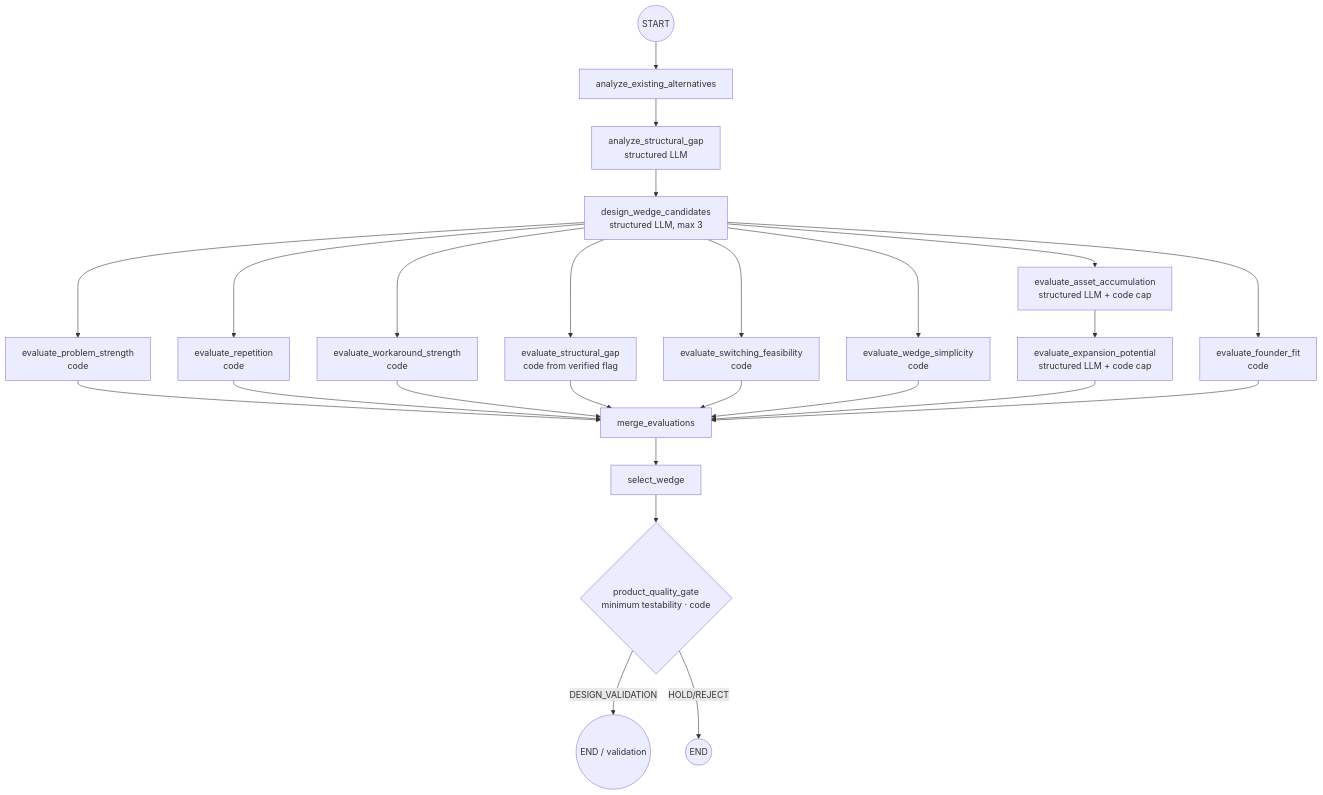
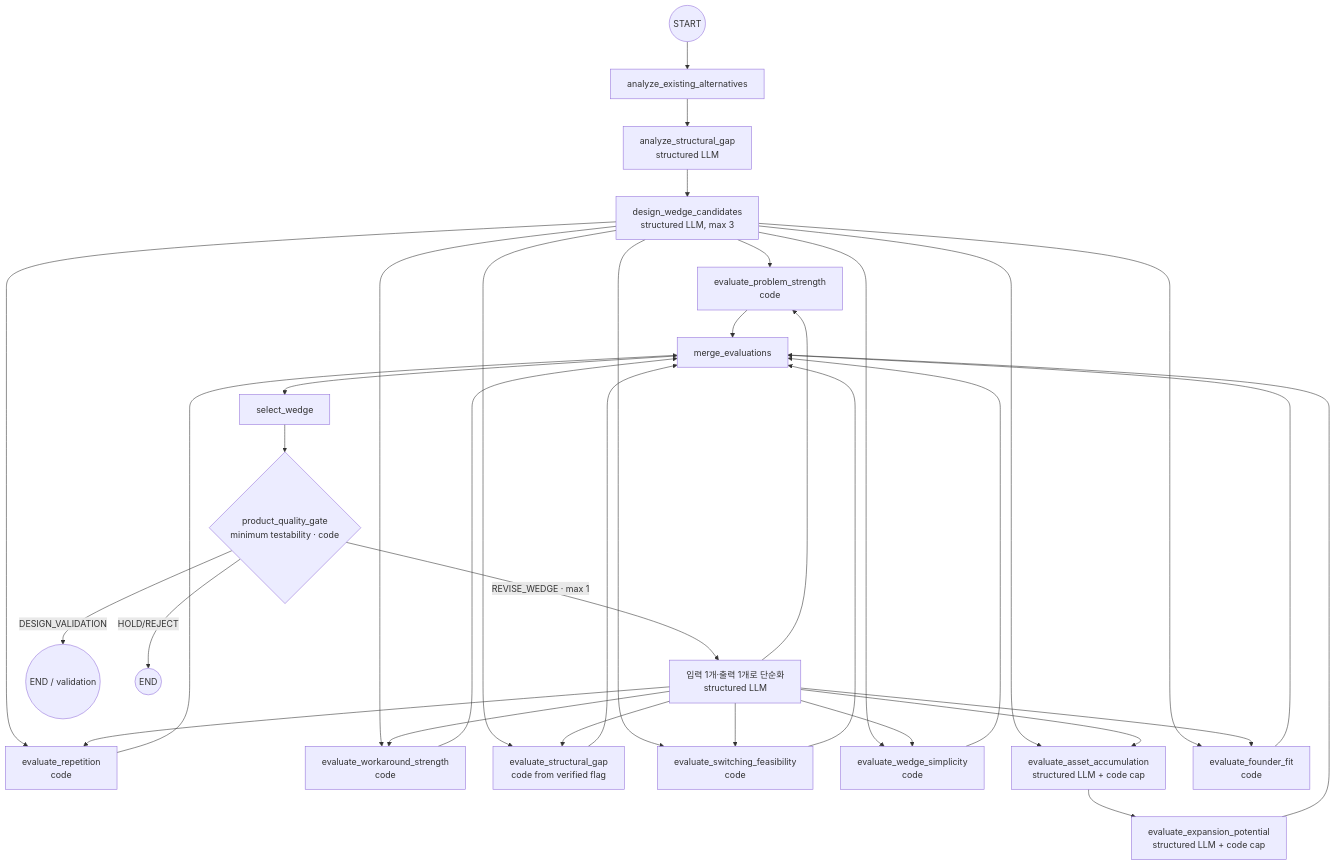
The fifth of 7 diagrams in docs/graph-design.md (sungpyo9053/graph), drawn with Mermaid before and after one commit. The commit also changed other lines of this file and 18 other files, not shown here.

````diff
--- a/docs/graph-design.md
+++ b/docs/graph-design.md
@@ -97,27 +97,36 @@
 ```mermaid
 flowchart TD
     S((START)) --> A[analyze_existing_alternatives]
     A --> G[analyze_structural_gap<br/>structured LLM]
     G --> W[design_wedge_candidates<br/>structured LLM, max 3]
     W --> P[evaluate_problem_strength<br/>code]
     W --> F[evaluate_repetition<br/>code]
     W --> O[evaluate_workaround_strength<br/>code]
     W --> SG[evaluate_structural_gap<br/>code from verified flag]
     W --> SW[evaluate_switching_feasibility<br/>code]
     W --> WS[evaluate_wedge_simplicity<br/>code]
     W --> AS[evaluate_asset_accumulation<br/>structured LLM + code cap]
     AS --> EX[evaluate_expansion_potential<br/>structured LLM + code cap]
     W --> FF[evaluate_founder_fit<br/>code]
     P --> M[merge_evaluations]
     F --> M
     O --> M
     SG --> M
     SW --> M
     WS --> M
     EX --> M
     FF --> M
     M --> SEL[select_wedge]
     SEL --> C{product_quality_gate<br/>minimum testability · code}
+    C -->|REVISE_WEDGE · max 1| R[입력 1개·출력 1개로 단순화<br/>structured LLM]
+    R --> P
+    R --> F
+    R --> O
+    R --> SG
+    R --> SW
+    R --> WS
+    R --> AS
+    R --> FF
     C -->|DESIGN_VALIDATION| E((END / validation))
     C -->|HOLD/REJECT| X((END))
 ```
````
